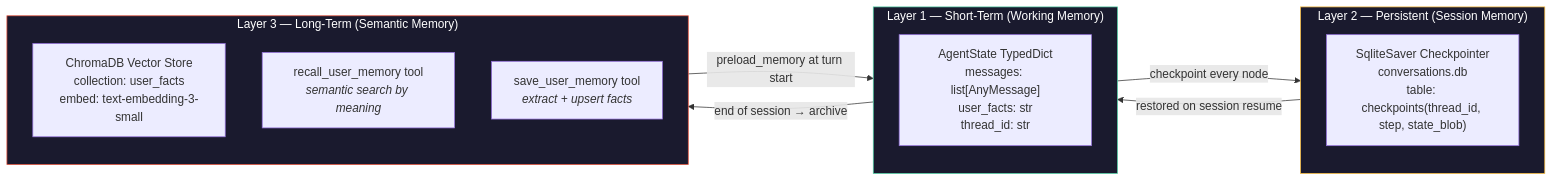
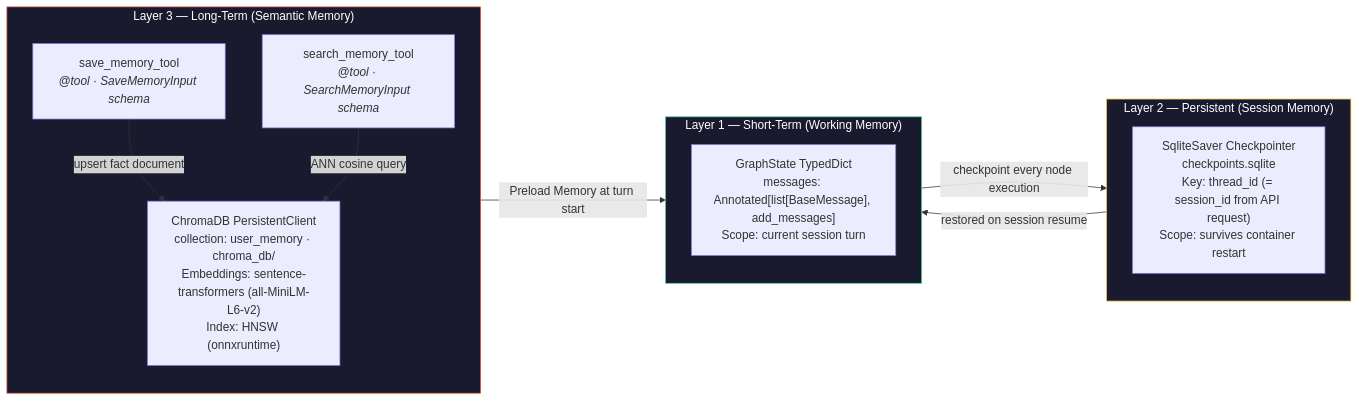
The third of 7 diagrams in reports/docs/architecture/system_design.md (SebastianGarrido2790/ai-assistant-docker-app), drawn with Mermaid before and after one commit. The commit also changed other lines of this file and 3 other files, not shown here.

````diff
--- a/reports/docs/architecture/system_design.md
+++ b/reports/docs/architecture/system_design.md
@@ -137,28 +155,29 @@
 ```mermaid
 graph LR
     subgraph L1["Layer 1 — Short-Term (Working Memory)"]
         direction TB
-        AS["AgentState TypedDict<br/>messages: list[AnyMessage]<br/>user_facts: str<br/>thread_id: str"]
+        AS["GraphState TypedDict<br/>messages: Annotated[list[BaseMessage], add_messages]<br/>Scope: current session turn"]
     end
 
     subgraph L2["Layer 2 — Persistent (Session Memory)"]
         direction TB
-        CP["SqliteSaver Checkpointer<br/>conversations.db<br/>table: checkpoints(thread_id, step, state_blob)"]
+        CP["SqliteSaver Checkpointer<br/>checkpoints.sqlite<br/>Key: thread_id (= session_id from API request)<br/>Scope: survives container restart"]
     end
 
     subgraph L3["Layer 3 — Long-Term (Semantic Memory)"]
         direction TB
-        VDB["ChromaDB Vector Store<br/>collection: user_facts<br/>embed: text-embedding-3-small"]
-        RM["recall_user_memory tool<br/><i>semantic search by meaning</i>"]
-        SM["save_user_memory tool<br/><i>extract + upsert facts</i>"]
+        VDB["ChromaDB PersistentClient<br/>collection: user_memory · chroma_db/<br/>Embeddings: sentence-transformers (all-MiniLM-L6-v2)<br/>Index: HNSW (onnxruntime)"]
+        SM["save_memory_tool<br/><i>@tool · SaveMemoryInput schema</i>"]
+        RM["search_memory_tool<br/><i>@tool · SearchMemoryInput schema</i>"]
     end
 
-    L1 -->|"checkpoint every node"| L2
+    L1 -->|"checkpoint every node execution"| L2
     L2 -->|"restored on session resume"| L1
-    L1 -->|"end of session → archive"| L3
-    L3 -->|"preload_memory at turn start"| L1
+    SM -->|"upsert fact document"| VDB
+    RM -->|"ANN cosine query"| VDB
+    VDB -->|"Preload Memory at turn start"| L1
 
     style L1 fill:#1a1a2e,stroke:#4ecca3,color:#fff
     style L2 fill:#1a1a2e,stroke:#f6b93b,color:#fff
     style L3 fill:#1a1a2e,stroke:#e55039,color:#fff
 ```
````
